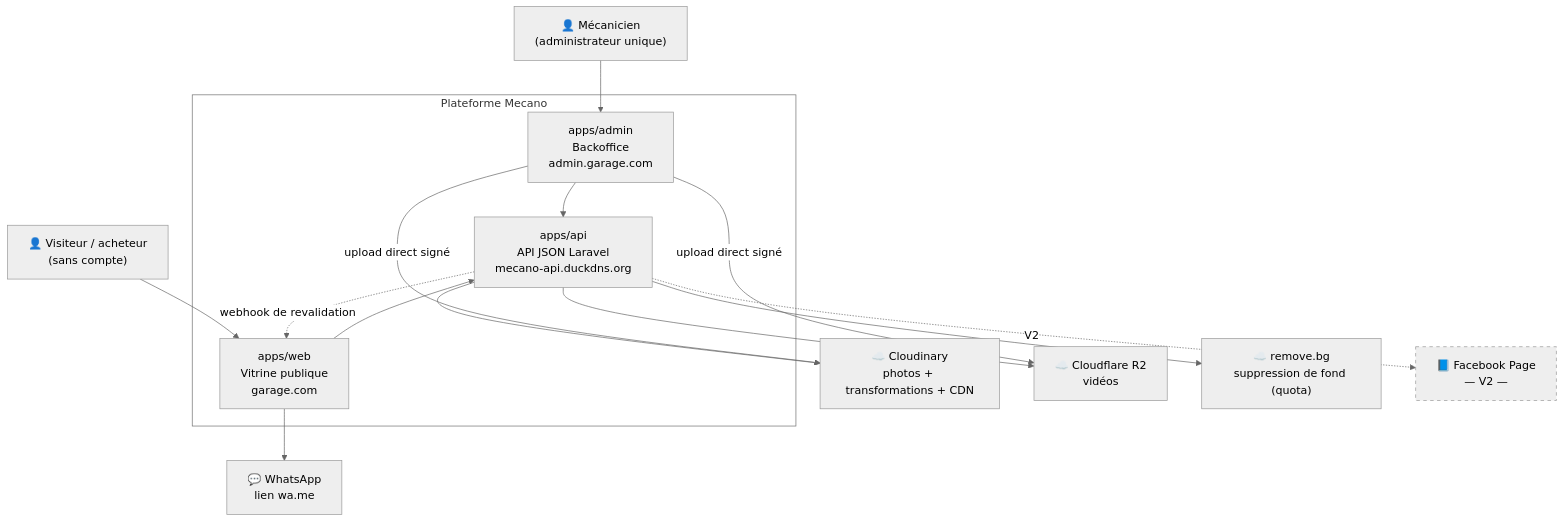
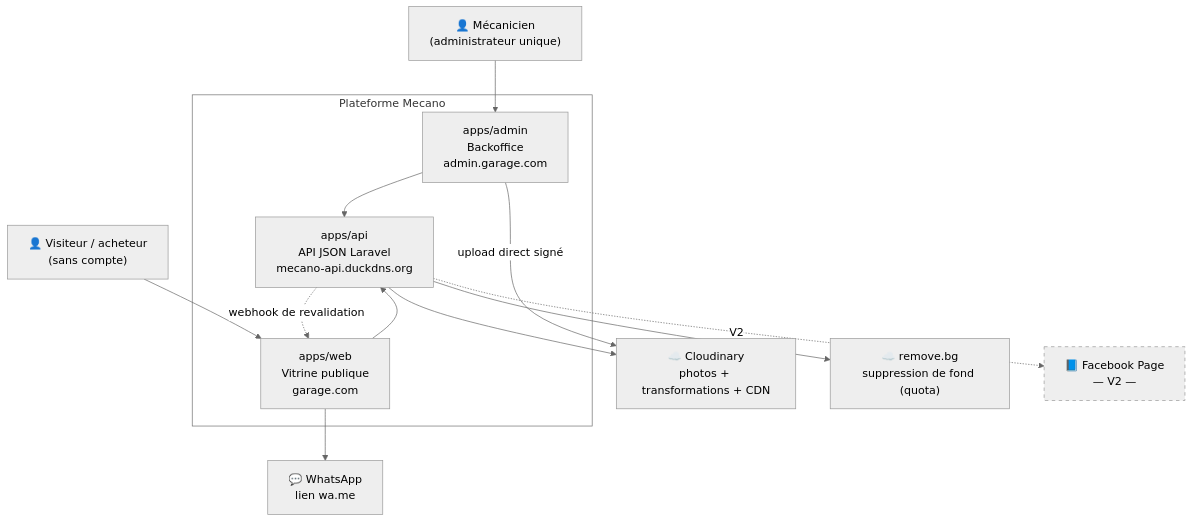
The first of 4 diagrams in docs/01-architecture/01-vue-densemble.md (TEAM-D-EXCELLENCE/mecano), drawn with Mermaid (neutral theme) before and after one commit. The commit also changed other lines of this file and 32 other files, not shown here.

````diff
--- a/docs/01-architecture/01-vue-densemble.md
+++ b/docs/01-architecture/01-vue-densemble.md
@@ -18,33 +18,30 @@
 ```mermaid
 graph TB
     M["👤 Mécanicien<br/>(administrateur unique)"]
     V["👤 Visiteur / acheteur<br/>(sans compte)"]
 
     subgraph P["Plateforme Mecano"]
         WEB["apps/web<br/>Vitrine publique<br/>garage.com"]
         ADM["apps/admin<br/>Backoffice<br/>admin.garage.com"]
         API["apps/api<br/>API JSON Laravel<br/>mecano-api.duckdns.org"]
     end
 
     CLD["☁️ Cloudinary<br/>photos + transformations + CDN"]
-    R2["☁️ Cloudflare R2<br/>vidéos"]
     RBG["☁️ remove.bg<br/>suppression de fond (quota)"]
     WA["💬 WhatsApp<br/>lien wa.me"]
     FB["📘 Facebook Page<br/>— V2 —"]
 
     V --> WEB
     M --> ADM
     WEB --> API
     ADM --> API
     API --> CLD
-    API --> R2
     API --> RBG
     API -.->|"webhook de revalidation"| WEB
     ADM -->|"upload direct signé"| CLD
-    ADM -->|"upload direct signé"| R2
     WEB --> WA
     API -.->|V2| FB
 
     style FB stroke-dasharray: 5 5
     style P fill:none
 ```
````
